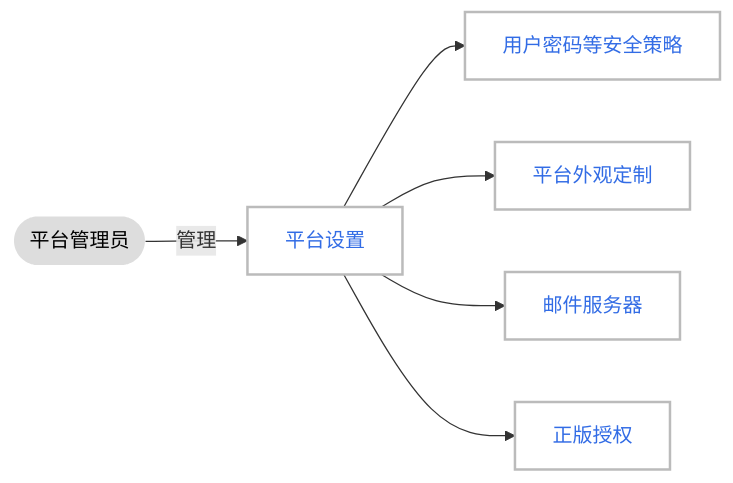
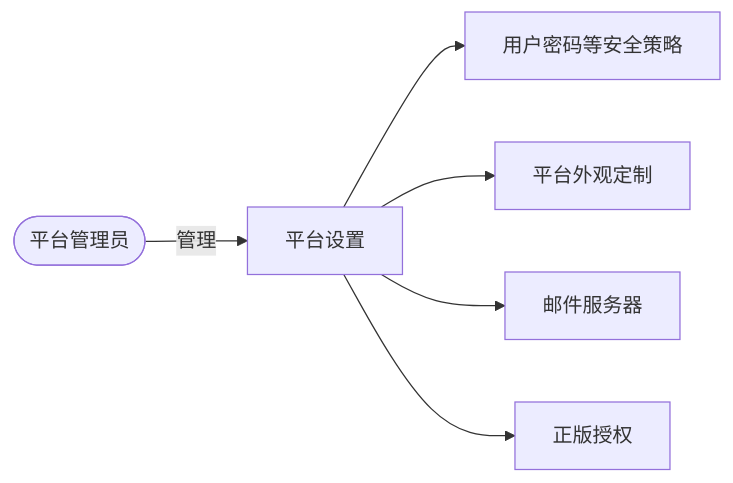
The third of 3 diagrams in docs/zh/docs/ghippo/intro/features.md (DaoCloud/DaoCloud-docs), drawn with Mermaid before and after one commit. The commit also changed other lines of this file and 40 other files, not shown here.

Commit message:
remove classdef and class from mermaid blocks globally (#7555)

````diff
--- a/docs/zh/docs/ghippo/intro/features.md
+++ b/docs/zh/docs/ghippo/intro/features.md
@@ -95,22 +81,15 @@
     ```mermaid
     graph LR
 
         admin([平台管理员]) --> |管理|about[平台设置]
         about --> password[用户密码等安全策略]
         about --> appear[平台外观定制]
         about --> mail[邮件服务器]
         about --> license[正版授权]
         
     click about "https://docs.daocloud.io/ghippo/user-guide/platform-setting/about/"
     click password "https://docs.daocloud.io/ghippo/user-guide/password/"
     click appear "https://docs.daocloud.io/ghippo/user-guide/platform-setting/appearance/"
     click mail "https://docs.daocloud.io/ghippo/user-guide/platform-setting/mail-server/"
     click license "https://docs.daocloud.io/dce/license0/"
-
-    classDef plain fill:#ddd,stroke:#fff,stroke-width:0px,color:#000;
-    classDef k8s fill:#326ce5,stroke:#fff,stroke-width:0px,color:#fff;
-    classDef cluster fill:#fff,stroke:#bbb,stroke-width:2px,color:#326ce5;
-
-    class admin plain;
-    class about,password,appear,mail,license cluster
     ```
````
